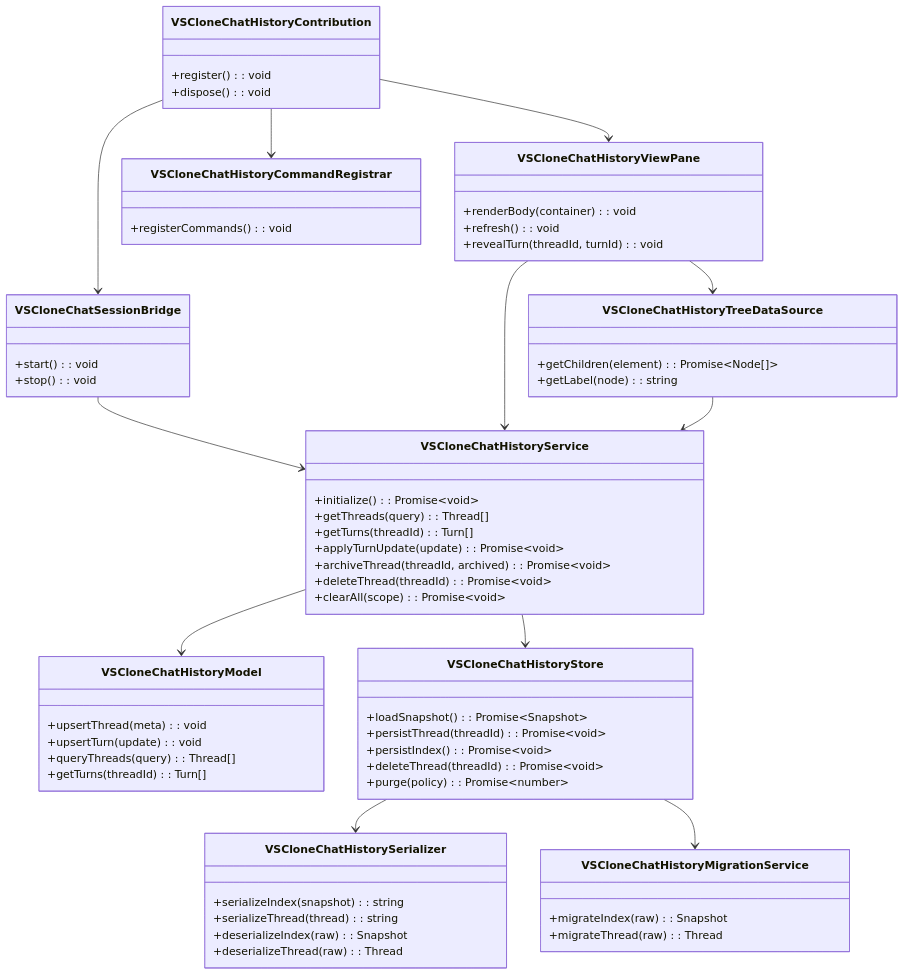
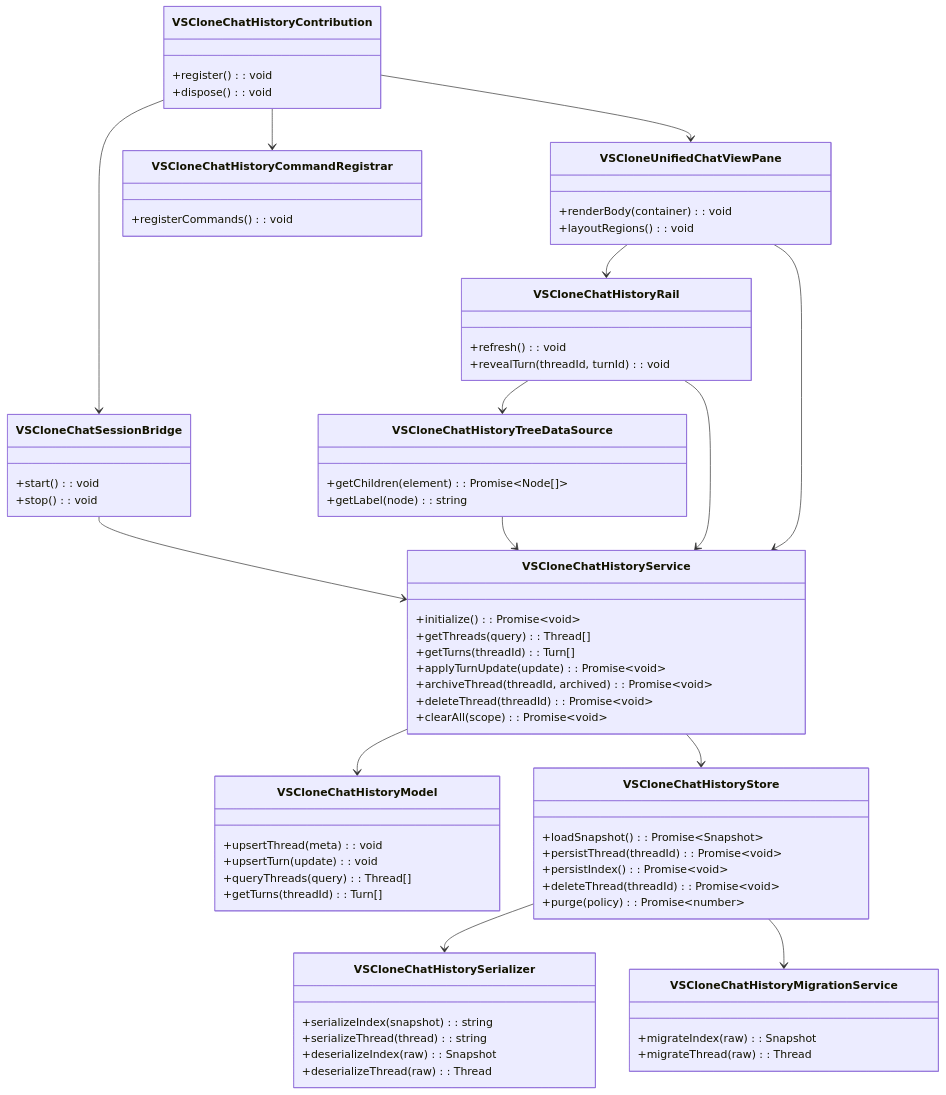
One commit to BrandonHowe/cs485-llm-ide changed the diagram in cs485/diagrams/userstory1/class-diagram-1.mmd. Above: the diagram before and after it, drawn with Mermaid. The commit also changed 30 other files, not shown here.

```diff
--- a/cs485/diagrams/userstory1/class-diagram-1.mmd
+++ b/cs485/diagrams/userstory1/class-diagram-1.mmd
@@ -1,65 +1,71 @@
 classDiagram
 class VSCloneChatHistoryContribution {
   +register(): void
   +dispose(): void
 }
 class VSCloneChatSessionBridge {
   +start(): void
   +stop(): void
 }
-class VSCloneChatHistoryViewPane {
+class VSCloneUnifiedChatViewPane {
   +renderBody(container): void
+  +layoutRegions(): void
+}
+class VSCloneChatHistoryRail {
   +refresh(): void
   +revealTurn(threadId, turnId): void
 }
 class VSCloneChatHistoryTreeDataSource {
   +getChildren(element): Promise~Node[]~
   +getLabel(node): string
 }
 class VSCloneChatHistoryCommandRegistrar {
   +registerCommands(): void
 }
 class VSCloneChatHistoryService {
   +initialize(): Promise~void~
   +getThreads(query): Thread[]
   +getTurns(threadId): Turn[]
   +applyTurnUpdate(update): Promise~void~
   +archiveThread(threadId, archived): Promise~void~
   +deleteThread(threadId): Promise~void~
   +clearAll(scope): Promise~void~
 }
 class VSCloneChatHistoryModel {
   +upsertThread(meta): void
   +upsertTurn(update): void
   +queryThreads(query): Thread[]
   +getTurns(threadId): Turn[]
 }
 class VSCloneChatHistoryStore {
   +loadSnapshot(): Promise~Snapshot~
   +persistThread(threadId): Promise~void~
   +persistIndex(): Promise~void~
   +deleteThread(threadId): Promise~void~
   +purge(policy): Promise~number~
 }
 class VSCloneChatHistorySerializer {
   +serializeIndex(snapshot): string
   +serializeThread(thread): string
   +deserializeIndex(raw): Snapshot
   +deserializeThread(raw): Thread
 }
 class VSCloneChatHistoryMigrationService {
   +migrateIndex(raw): Snapshot
   +migrateThread(raw): Thread
 }
 
 VSCloneChatHistoryContribution --> VSCloneChatSessionBridge
-VSCloneChatHistoryContribution --> VSCloneChatHistoryViewPane
 VSCloneChatHistoryContribution --> VSCloneChatHistoryCommandRegistrar
 VSCloneChatSessionBridge --> VSCloneChatHistoryService
-VSCloneChatHistoryViewPane --> VSCloneChatHistoryService
-VSCloneChatHistoryViewPane --> VSCloneChatHistoryTreeDataSource
 VSCloneChatHistoryTreeDataSource --> VSCloneChatHistoryService
 VSCloneChatHistoryService --> VSCloneChatHistoryModel
 VSCloneChatHistoryService --> VSCloneChatHistoryStore
 VSCloneChatHistoryStore --> VSCloneChatHistorySerializer
 VSCloneChatHistoryStore --> VSCloneChatHistoryMigrationService
+
+VSCloneChatHistoryContribution --> VSCloneUnifiedChatViewPane
+VSCloneUnifiedChatViewPane --> VSCloneChatHistoryRail
+VSCloneUnifiedChatViewPane --> VSCloneChatHistoryService
+VSCloneChatHistoryRail --> VSCloneChatHistoryTreeDataSource
+VSCloneChatHistoryRail --> VSCloneChatHistoryService
```
